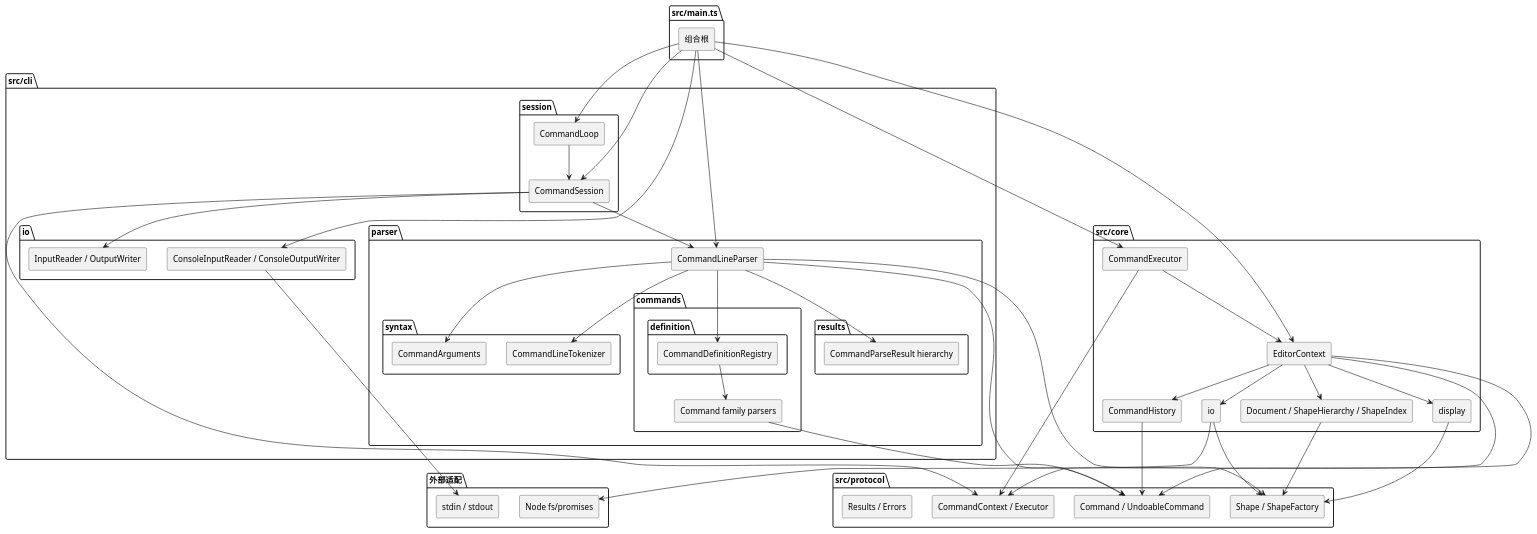
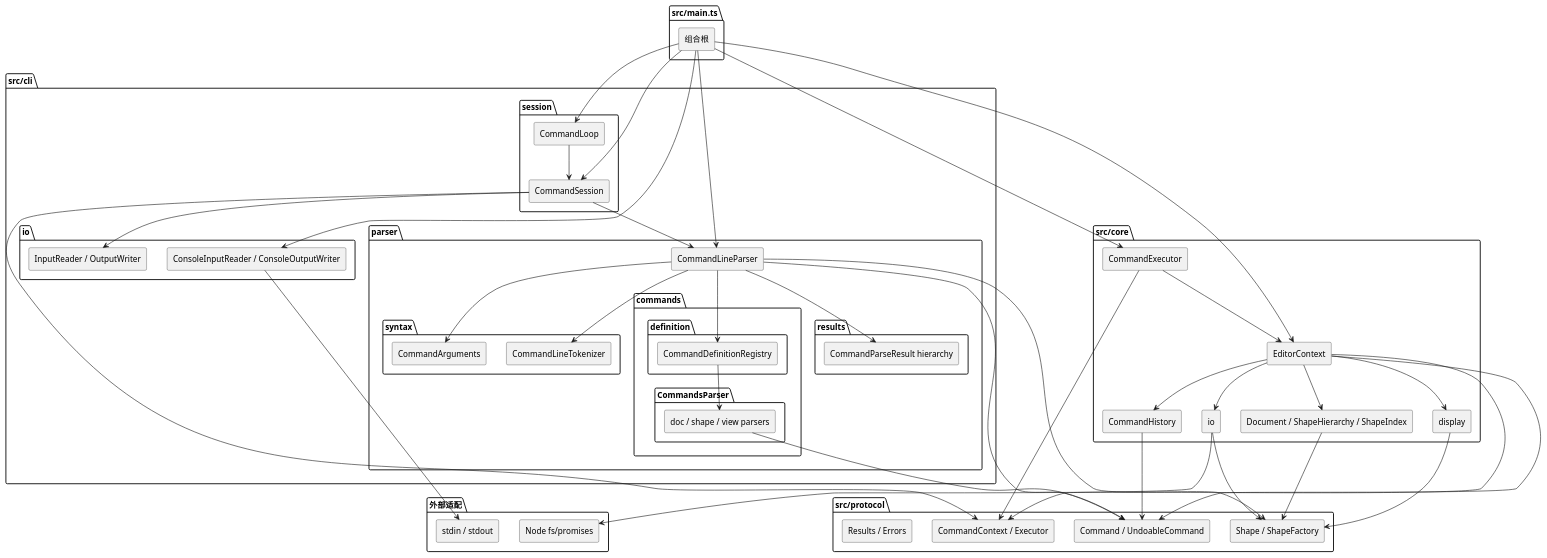
The diagram in doc/README.md (zhao-jingyan/SVG-Editor), drawn with PlantUML before and after one commit. The commit also changed 7 other files, not shown here.

```diff
--- a/doc/README.md
+++ b/doc/README.md
@@ -53,7 +53,9 @@
       package "definition" {
         [CommandDefinitionRegistry] as Registry
       }
-      [Command family parsers] as CommandParsers
+      package "CommandsParser" {
+        [doc / shape / view parsers] as CommandParsers
+      }
     }
     package "results" {
       [CommandParseResult hierarchy] as ParseResults
```
